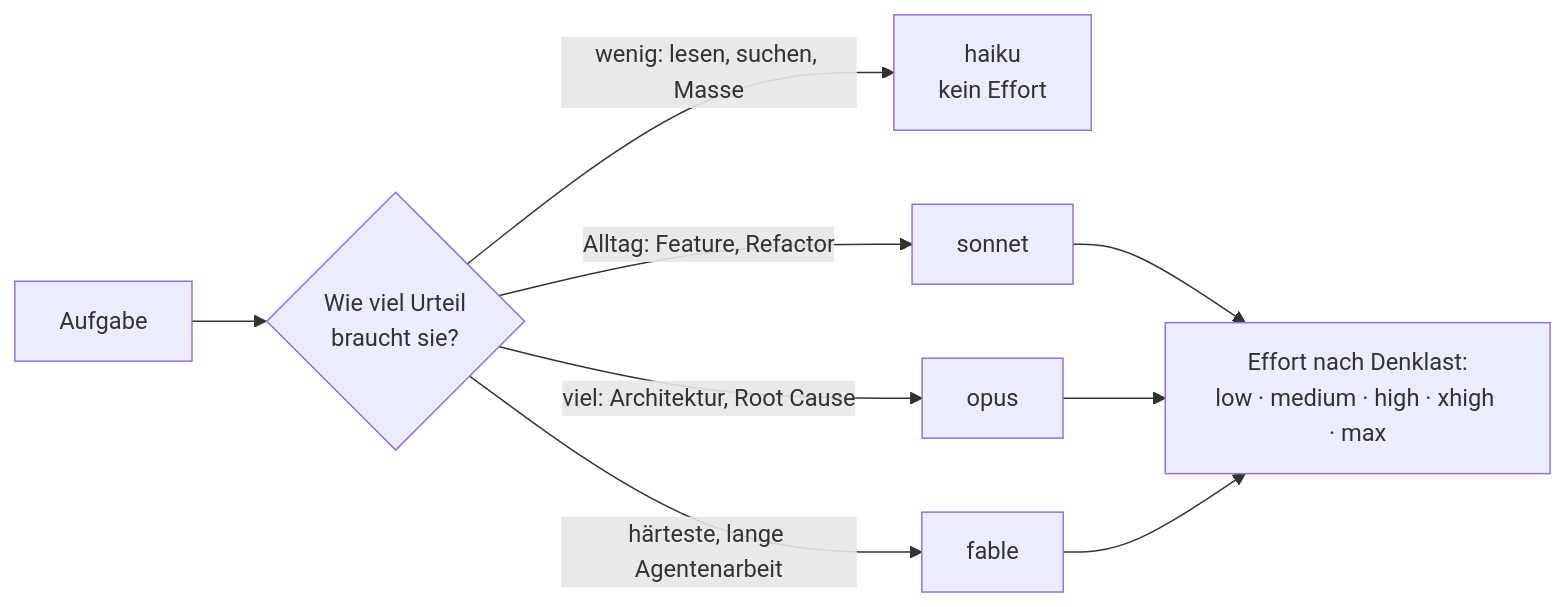
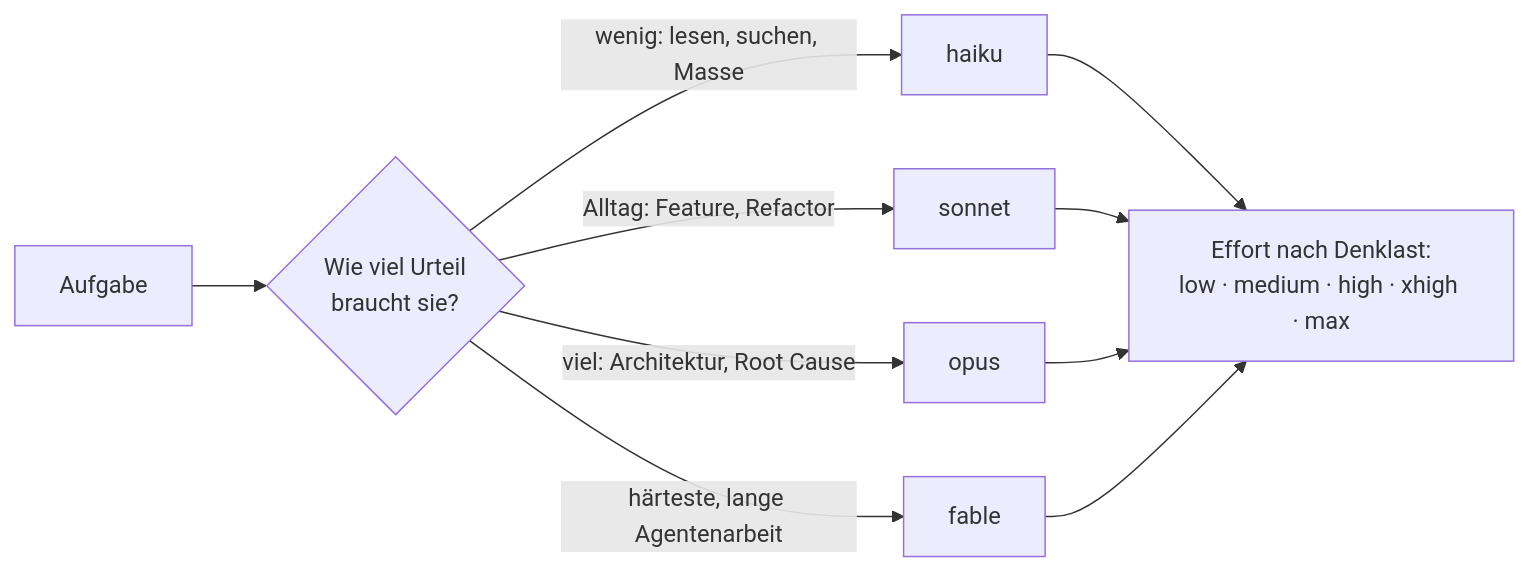
The diagram in resources/library/s1-07-modellwahl-und-effort.md (dynamic-dome/dynamic-workshop), drawn with Mermaid before and after one commit. The commit also changed other lines of this file and 5 other files, not shown here.

````diff
--- a/resources/library/s1-07-modellwahl-und-effort.md
+++ b/resources/library/s1-07-modellwahl-und-effort.md
@@ -43,9 +43,9 @@
 ```mermaid
 flowchart LR
   T["Aufgabe"] --> M{"Wie viel Urteil<br/>braucht sie?"}
-  M -- "wenig: lesen, suchen, Masse" --> H["haiku<br/>kein Effort"]
+  M -- "wenig: lesen, suchen, Masse" --> H["haiku"]
   M -- "Alltag: Feature, Refactor" --> S["sonnet"]
   M -- "viel: Architektur, Root Cause" --> O["opus"]
   M -- "härteste, lange Agentenarbeit" --> F["fable"]
-  S & O & F --> E["Effort nach Denklast:<br/>low · medium · high · xhigh · max"]
+  H & S & O & F --> E["Effort nach Denklast:<br/>low · medium · high · xhigh · max"]
 ```
````
